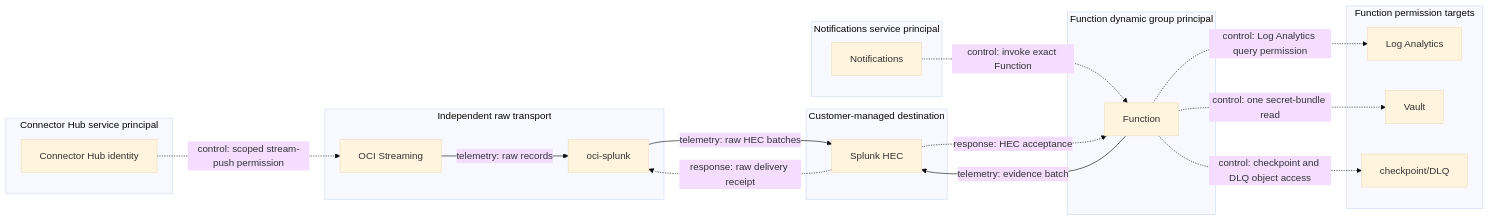
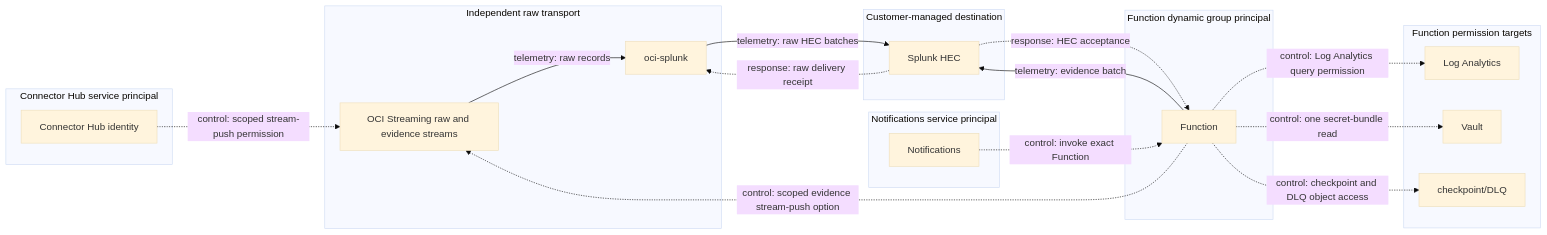
The diagram in docs/diagrams/logan-splunk-iam-boundaries.mmd (adibirzu/oci-log-analytics-detections), drawn with Mermaid (base theme) before and after one commit. The commit also changed 760 other files, not shown here.

```diff
--- a/docs/diagrams/logan-splunk-iam-boundaries.mmd
+++ b/docs/diagrams/logan-splunk-iam-boundaries.mmd
@@ -1,35 +1,36 @@
 %% Title: Least-privilege identities and trust boundaries
 %% Evidence: configured disabled Terraform and IAM review output; provider verified = false; release accepted = false
 %% Primary objects: 9
 flowchart LR
   subgraph CONNECTOR["Connector Hub service principal"]
     connector["Connector Hub identity"]
   end
   subgraph RAW["Independent raw transport"]
-    streaming["OCI Streaming"]
+    streaming["OCI Streaming raw and evidence streams"]
     oci_splunk["oci-splunk"]
   end
   subgraph ONS["Notifications service principal"]
     notifications["Notifications"]
   end
   subgraph FUNCTION["Function dynamic group principal"]
     function["Function"]
   end
   subgraph TARGETS["Function permission targets"]
     logan["Log Analytics"]
     vault["Vault"]
     state["checkpoint/DLQ"]
   end
   subgraph DEST["Customer-managed destination"]
     hec["Splunk HEC"]
   end
   connector -.->|"control: scoped stream-push permission"| streaming
   streaming -->|"telemetry: raw records"| oci_splunk
   oci_splunk -->|"telemetry: raw HEC batches"| hec
   hec -.->|"response: raw delivery receipt"| oci_splunk
   notifications -.->|"control: invoke exact Function"| function
   function -.->|"control: Log Analytics query permission"| logan
   function -.->|"control: one secret-bundle read"| vault
   function -.->|"control: checkpoint and DLQ object access"| state
+  function -.->|"control: scoped evidence stream-push option"| streaming
   function -->|"telemetry: evidence batch"| hec
   hec -.->|"response: HEC acceptance"| function
```
